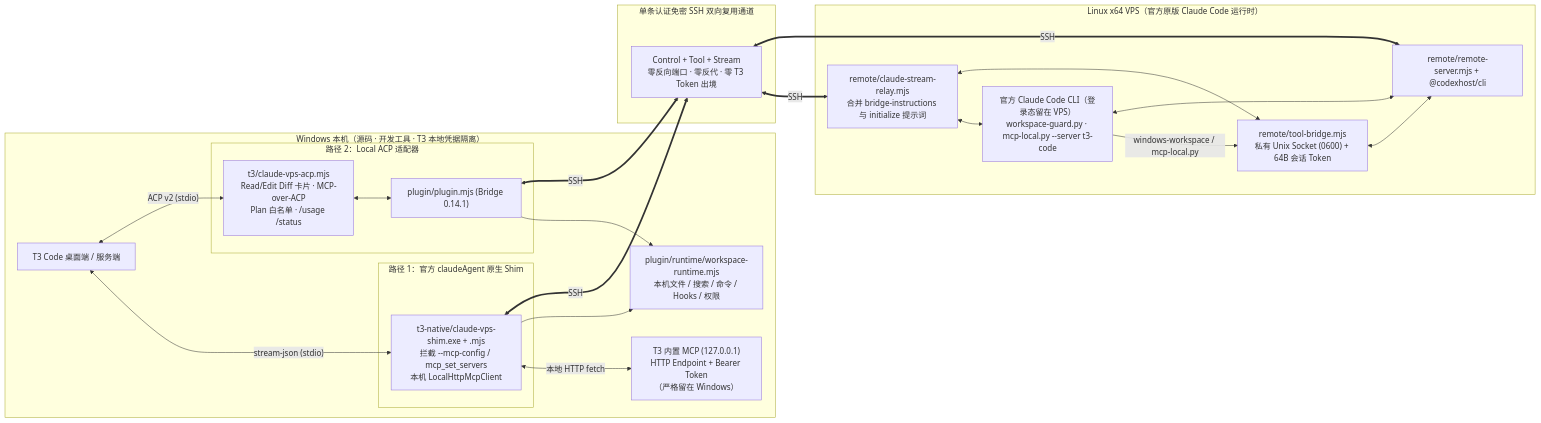
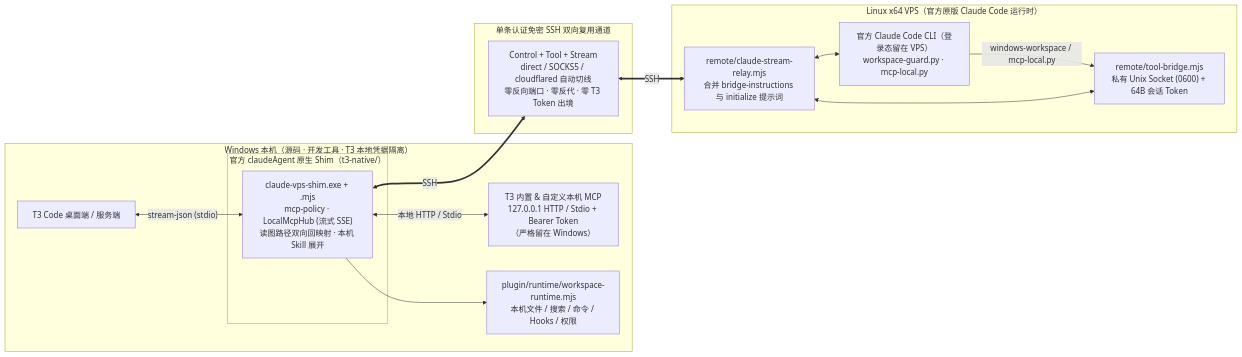
One commit to Barometer-2002/claude-vps-bridge changed the diagram in docs/T3CODE.md. Above: the diagram before and after it, drawn with Mermaid. The commit also changed other lines of this file and 29 other files, not shown here.

````diff
--- a/docs/T3CODE.md
+++ b/docs/T3CODE.md
@@ -32,47 +28,34 @@
 ```mermaid
 flowchart LR
     subgraph WIN["Windows 本机（源码 · 开发工具 · T3 本地凭据隔离）"]
         T3["T3 Code 桌面端 / 服务端"]
-        T3MCP["T3 内置 MCP (127.0.0.1)<br/>HTTP Endpoint + Bearer Token<br/>（严格留在 Windows）"]
+        T3MCP["T3 内置 & 自定义本机 MCP<br/>127.0.0.1 HTTP / Stdio + Bearer Token<br/>（严格留在 Windows）"]
 
-        subgraph NATIVE["路径 1：官方 claudeAgent 原生 Shim"]
-            SHIM["t3-native/claude-vps-shim.exe + .mjs<br/>拦截 --mcp-config / mcp_set_servers<br/>本机 LocalHttpMcpClient"]
-        end
-
-        subgraph ACP["路径 2：Local ACP 适配器"]
-            ACPA["t3/claude-vps-acp.mjs<br/>Read/Edit Diff 卡片 · MCP-over-ACP<br/>Plan 白名单 · /usage /status"]
-            PLUG["plugin/plugin.mjs (Bridge 0.14.1)"]
-            ACPA <--> PLUG
+        subgraph NATIVE["官方 claudeAgent 原生 Shim（t3-native/）"]
+            SHIM["claude-vps-shim.exe + .mjs<br/>mcp-policy · LocalMcpHub (流式 SSE)<br/>读图路径双向回映射 · 本机 Skill 展开"]
         end
 
         WR["plugin/runtime/workspace-runtime.mjs<br/>本机文件 / 搜索 / 命令 / Hooks / 权限"]
 
         T3 <-->|"stream-json (stdio)"| SHIM
-        T3 <-->|"ACP v2 (stdio)"| ACPA
-        SHIM <-->|"本地 HTTP fetch"| T3MCP
+        SHIM <-->|"本地 HTTP / Stdio"| T3MCP
         SHIM --> WR
-        PLUG --> WR
     end
 
     subgraph SSH["单条认证免密 SSH 双向复用通道"]
-        TUN["Control + Tool + Stream<br/>零反向端口 · 零反代 · 零 T3 Token 出境"]
+        TUN["Control + Tool + Stream<br/>direct / SOCKS5 / cloudflared 自动切线<br/>零反向端口 · 零反代 · 零 T3 Token 出境"]
     end
 
     subgraph VPS["Linux x64 VPS（官方原版 Claude Code 运行时）"]
         RELAY["remote/claude-stream-relay.mjs<br/>合并 bridge-instructions 与 initialize 提示词"]
-        RS["remote/remote-server.mjs + @codexhost/cli"]
         TB["remote/tool-bridge.mjs<br/>私有 Unix Socket (0600) + 64B 会话 Token"]
-        CC["官方 Claude Code CLI（登录态留在 VPS）<br/>workspace-guard.py · mcp-local.py --server t3-code"]
+        CC["官方 Claude Code CLI（登录态留在 VPS）<br/>workspace-guard.py · mcp-local.py"]
 
         RELAY <--> CC
-        RS <--> CC
         CC -->|"windows-workspace / mcp-local.py"| TB
         TB <--> RELAY
-        TB <--> RS
     end
 
     SHIM <==>|"SSH"| TUN
-    PLUG <==>|"SSH"| TUN
     TUN <==>|"SSH"| RELAY
-    TUN <==>|"SSH"| RS
 ```
````
